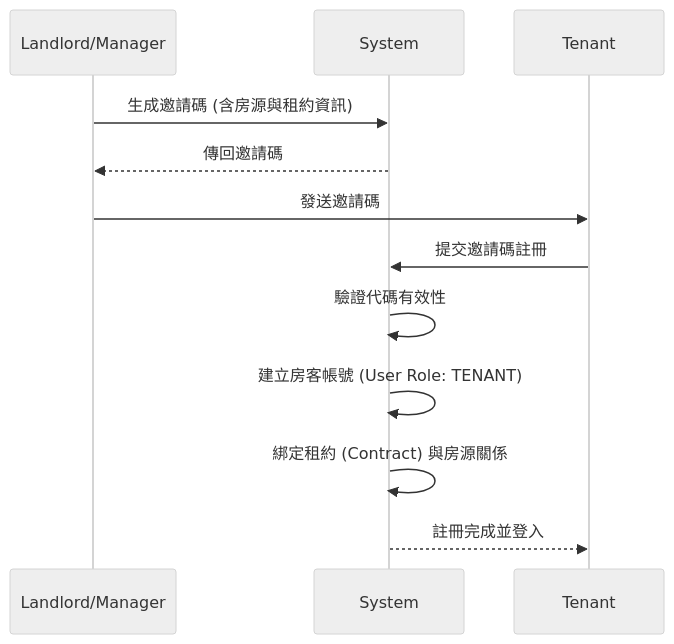
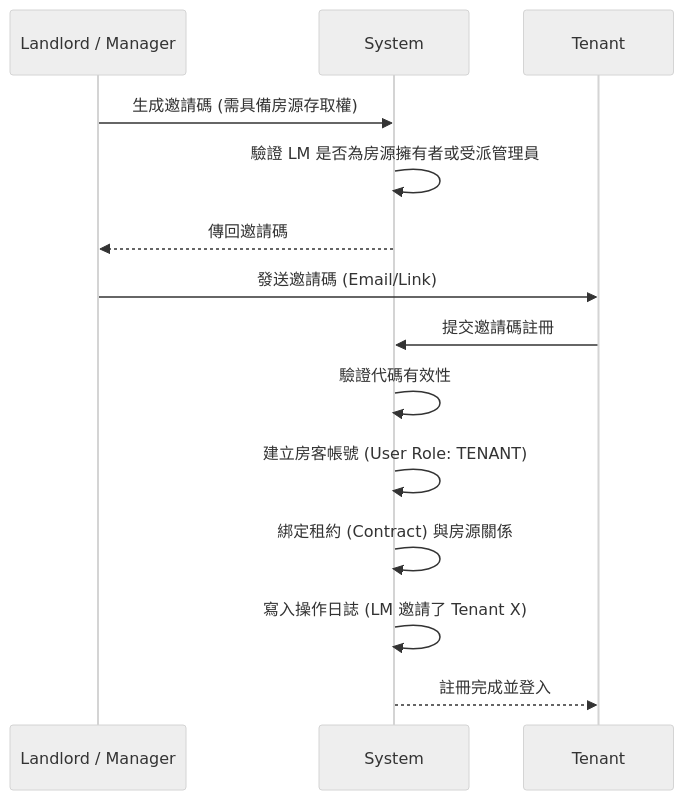
One commit to Hero935/PrimeStay changed the third of 6 diagrams in spec.md. Above: the diagram before and after it, drawn with Mermaid (neutral theme). The commit also changed other lines of this file and 21 other files, not shown here.

````diff
--- a/spec.md
+++ b/spec.md
@@ -46,15 +64,17 @@
 ```mermaid
 sequenceDiagram
-    participant L as Landlord/Manager
+    participant LM as Landlord / Manager
     participant S as System
     participant T as Tenant
     
-    L->>S: 生成邀請碼 (含房源與租約資訊)
-    S-->>L: 傳回邀請碼
-    L->>T: 發送邀請碼
+    LM->>S: 生成邀請碼 (需具備房源存取權)
+    S->>S: 驗證 LM 是否為房源擁有者或受派管理員
+    S-->>LM: 傳回邀請碼
+    LM->>T: 發送邀請碼 (Email/Link)
     T->>S: 提交邀請碼註冊
     S->>S: 驗證代碼有效性
     S->>S: 建立房客帳號 (User Role: TENANT)
     S->>S: 綁定租約 (Contract) 與房源關係
+    S->>S: 寫入操作日誌 (LM 邀請了 Tenant X)
     S-->>T: 註冊完成並登入
 ```
````
